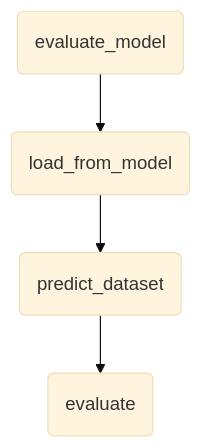
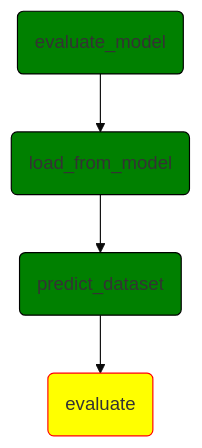
Before and after one commit to dataloop-ai/dtlpy-documentation: the fifth of 5 diagrams in tutorials/model_management/advance/model_adapter_flows/chapter.md, drawn with Mermaid (base theme). The commit also changed other lines of this file and 1 other file, not shown here.

Commit message:
Adding remaining doc flows

````diff
--- a/tutorials/model_management/advance/model_adapter_flows/chapter.md
+++ b/tutorials/model_management/advance/model_adapter_flows/chapter.md
@@ -117,8 +148,14 @@
 ```mermaid
 flowchart TD
     id1(evaluate_model)-->
     id2(load_from_model)-->
     id3(predict_dataset)-->
     id4("evaluate")
-
+    style id1 fill:green, stroke: black
+    style id2 fill:green, stroke: black
+    style id3 fill:green, stroke: black
+    style id4 fill:yellow, stroke: red
+    click id2 "./#load_from_model"
+    click id3 "./#predict_items"
+    click id4 "./#evaluate"
 ```
````
